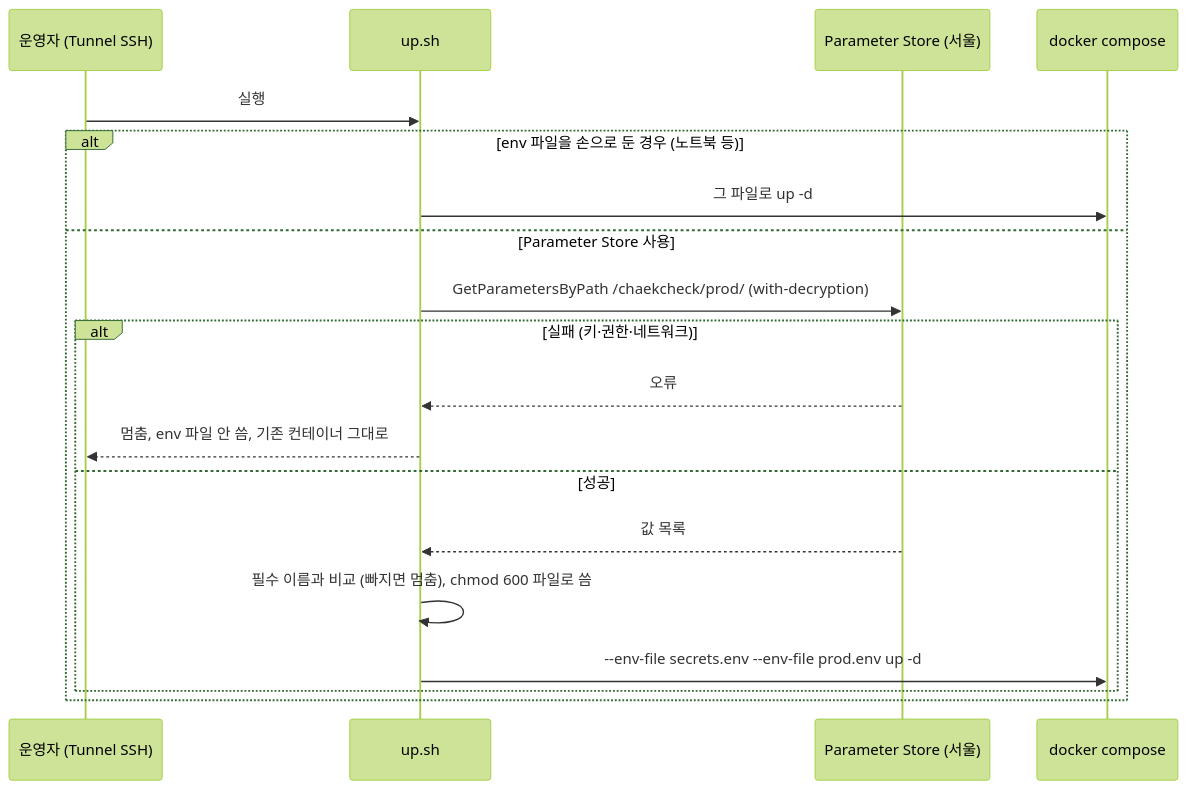
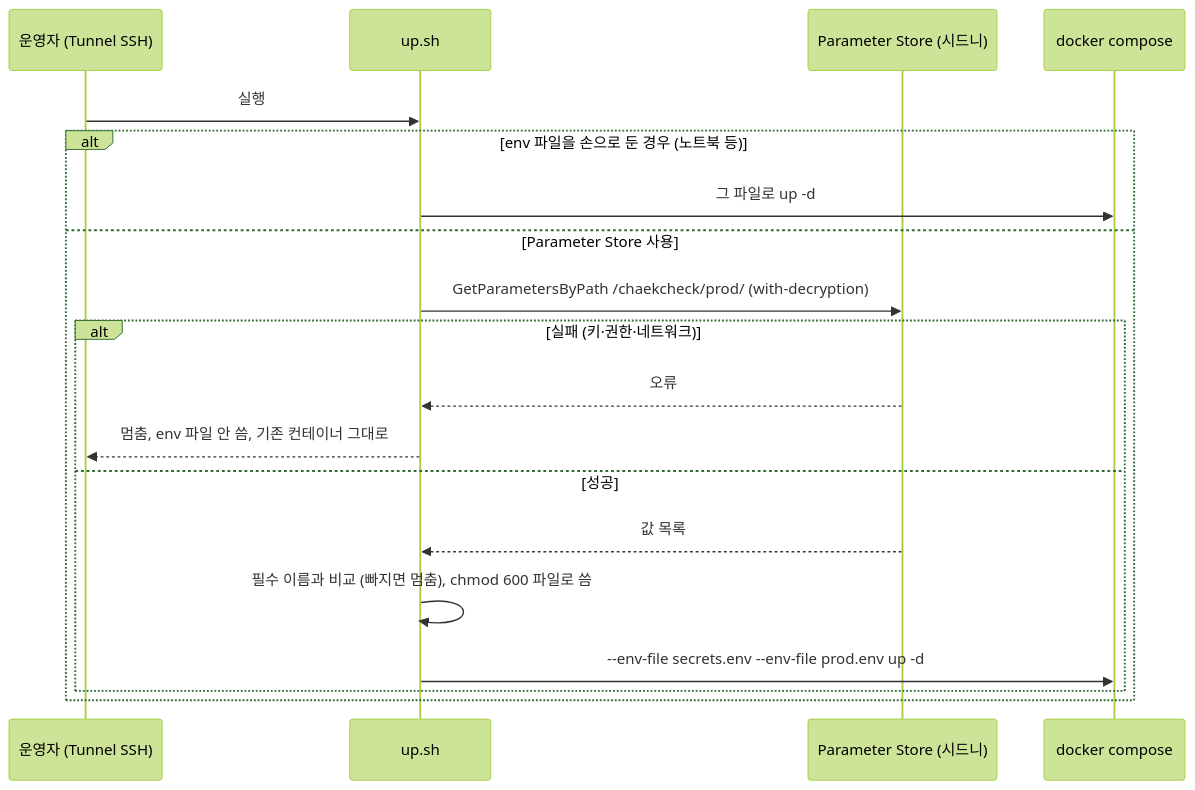
The second of 4 diagrams in docs/cycles/17-first-deploy/design-delta.md (hodu-sketch/chaekcheck-plan), drawn with Mermaid (forest theme) before and after one commit. The commit also changed other lines of this file and 1 other file, not shown here.

Commit message:
cycle 17: Parameter Store 리전 서울→시드니 수정, 배포 때 비밀값·SNS 구독 역할분담 기록
- design-delta: Parameter Store 표기(시퀀스 다이어그램·외부연동 표) 서울→시드니 ap-southeast-2(실제 배포 §17)
- research §17: Webshare 키·SNS 구독은 배포 단계, Claude가 콘솔 작업 먼저·사용자는 키 붙여넣기만

사이클 22 세션 전달(2026-10-16).

````diff
--- a/docs/cycles/17-first-deploy/design-delta.md
+++ b/docs/cycles/17-first-deploy/design-delta.md
@@ -44,21 +44,21 @@
 ```mermaid
 sequenceDiagram
   participant Op as 운영자 (Tunnel SSH)
   participant S as up.sh
-  participant SSM as Parameter Store (서울)
+  participant SSM as Parameter Store (시드니)
   participant DC as docker compose
   Op->>S: 실행
   alt env 파일을 손으로 둔 경우 (노트북 등)
     S->>DC: 그 파일로 up -d
   else Parameter Store 사용
     S->>SSM: GetParametersByPath /chaekcheck/prod/ (with-decryption)
     alt 실패 (키·권한·네트워크)
       SSM-->>S: 오류
       S-->>Op: 멈춤, env 파일 안 씀, 기존 컨테이너 그대로
     else 성공
       SSM-->>S: 값 목록
       S->>S: 필수 이름과 비교 (빠지면 멈춤), chmod 600 파일로 씀
       S->>DC: --env-file secrets.env --env-file prod.env up -d
     end
   end
 ```
````
